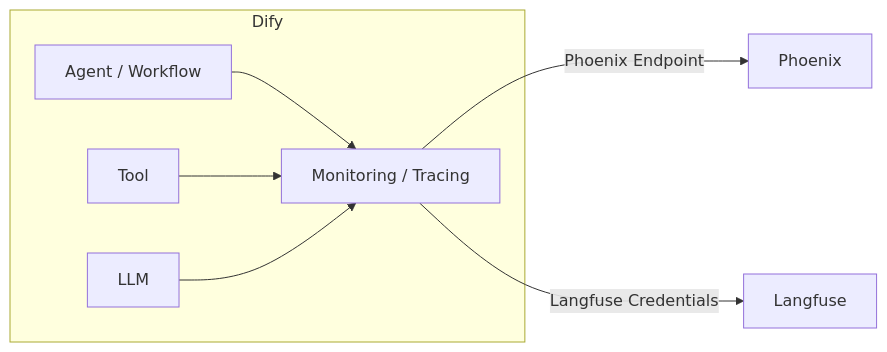
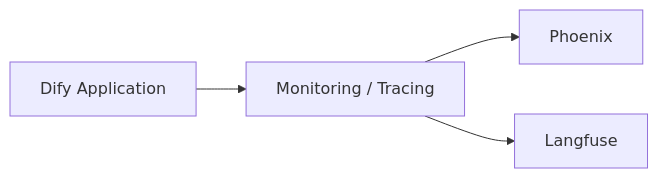
Diagram 12 of 15 in weekly-report/phoenix-langfuse-research.md (sgfd-ui/internship), drawn with Mermaid before and after one commit. The commit also changed other lines of this file, not shown here.

Commit message:
docs: generalize Phoenix and Langfuse research to Agent platform scope

````diff
--- a/weekly-report/phoenix-langfuse-research.md
+++ b/weekly-report/phoenix-langfuse-research.md
@@ -513,18 +465,8 @@
 ```mermaid
 flowchart LR
-    subgraph D[Dify]
-        A[Agent / Workflow]
-        T[Tool]
-        L[LLM]
-        M[Monitoring / Tracing]
-    end
+    D[Dify Application]
+    --> M[Monitoring / Tracing]
 
-    P[Phoenix]
-    F[Langfuse]
-
-    A --> M
-    T --> M
-    L --> M
-    M -->|Phoenix Endpoint| P
-    M -->|Langfuse Credentials| F
+    M --> P[Phoenix]
+    M --> F[Langfuse]
 ```
````
